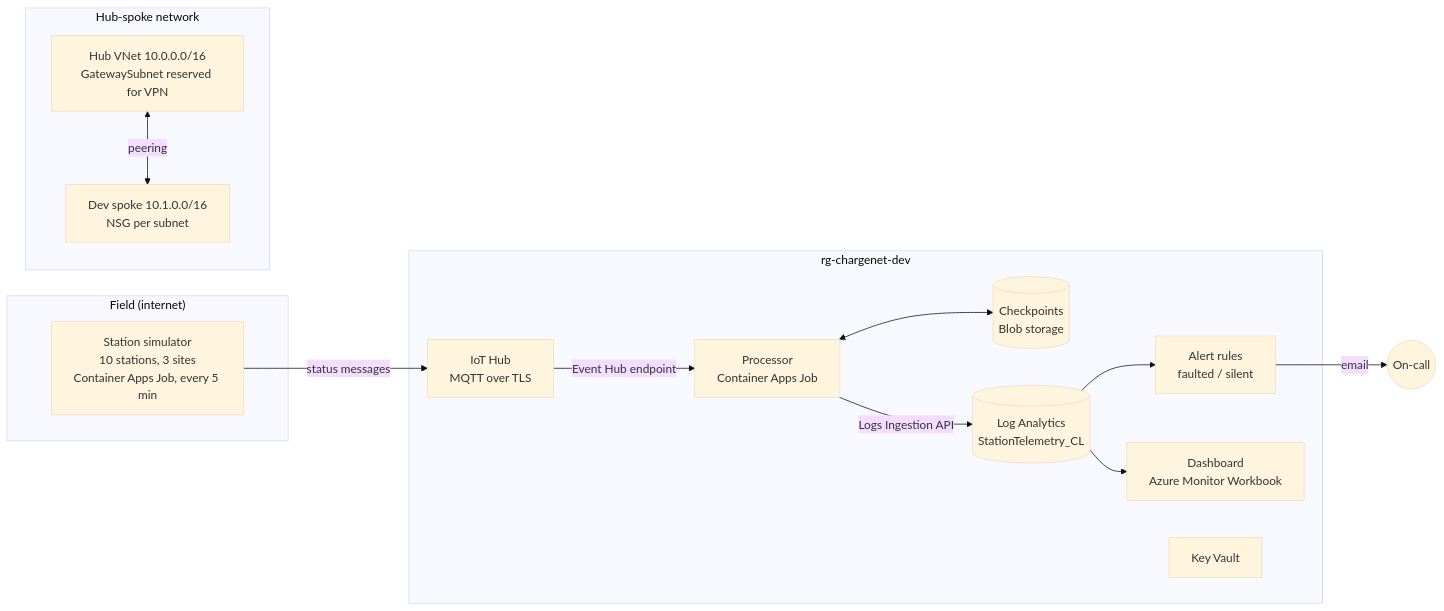
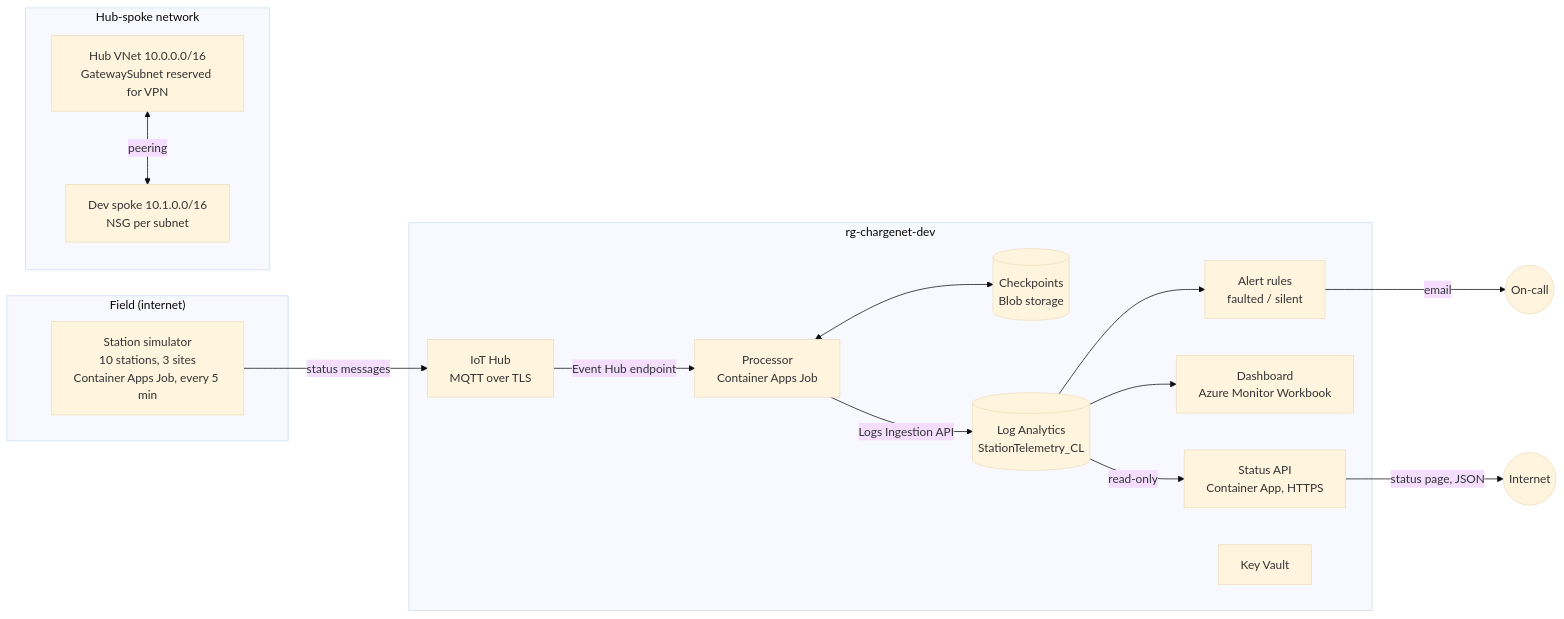
One commit to watavares/chargenet changed the first of 2 diagrams in README.md. Above: the diagram before and after it, drawn with Mermaid (base theme). The commit also changed other lines of this file and 9 other files, not shown here.

Commit message:
Add public status API with exposure decision record (#11)

````diff
--- a/README.md
+++ b/README.md
@@ -11,29 +11,31 @@
 ```mermaid
 flowchart LR
     subgraph field["Field (internet)"]
         SIM["Station simulator<br/>10 stations, 3 sites<br/>Container Apps Job, every 5 min"]
     end
 
     subgraph dev["rg-chargenet-dev"]
         IOT["IoT Hub<br/>MQTT over TLS"]
         PROC["Processor<br/>Container Apps Job"]
         CKPT[("Checkpoints<br/>Blob storage")]
         LAW[("Log Analytics<br/>StationTelemetry_CL")]
         ALERT["Alert rules<br/>faulted / silent"]
         WB["Dashboard<br/>Azure Monitor Workbook"]
+        API["Status API<br/>Container App, HTTPS"]
         KV["Key Vault"]
     end
 
     subgraph net["Hub-spoke network"]
         HUB["Hub VNet 10.0.0.0/16<br/>GatewaySubnet reserved for VPN"]
         SPOKE["Dev spoke 10.1.0.0/16<br/>NSG per subnet"]
     end
 
     SIM -- "status messages" --> IOT
     IOT -- "Event Hub endpoint" --> PROC
     PROC -- "Logs Ingestion API" --> LAW
     PROC <--> CKPT
     LAW --> ALERT -- "email" --> OPS(("On-call"))
     LAW --> WB
+    LAW -- "read-only" --> API -- "status page, JSON" --> WEB(("Internet"))
     HUB <-- "peering" --> SPOKE
 ```
````
